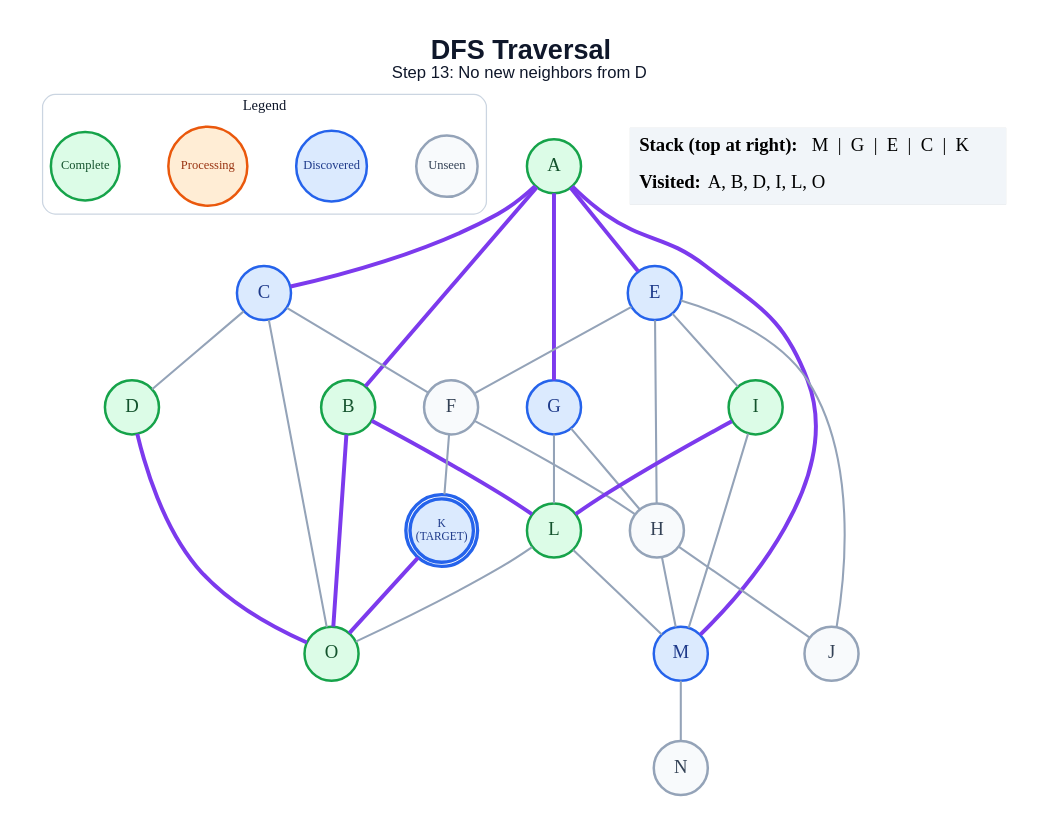
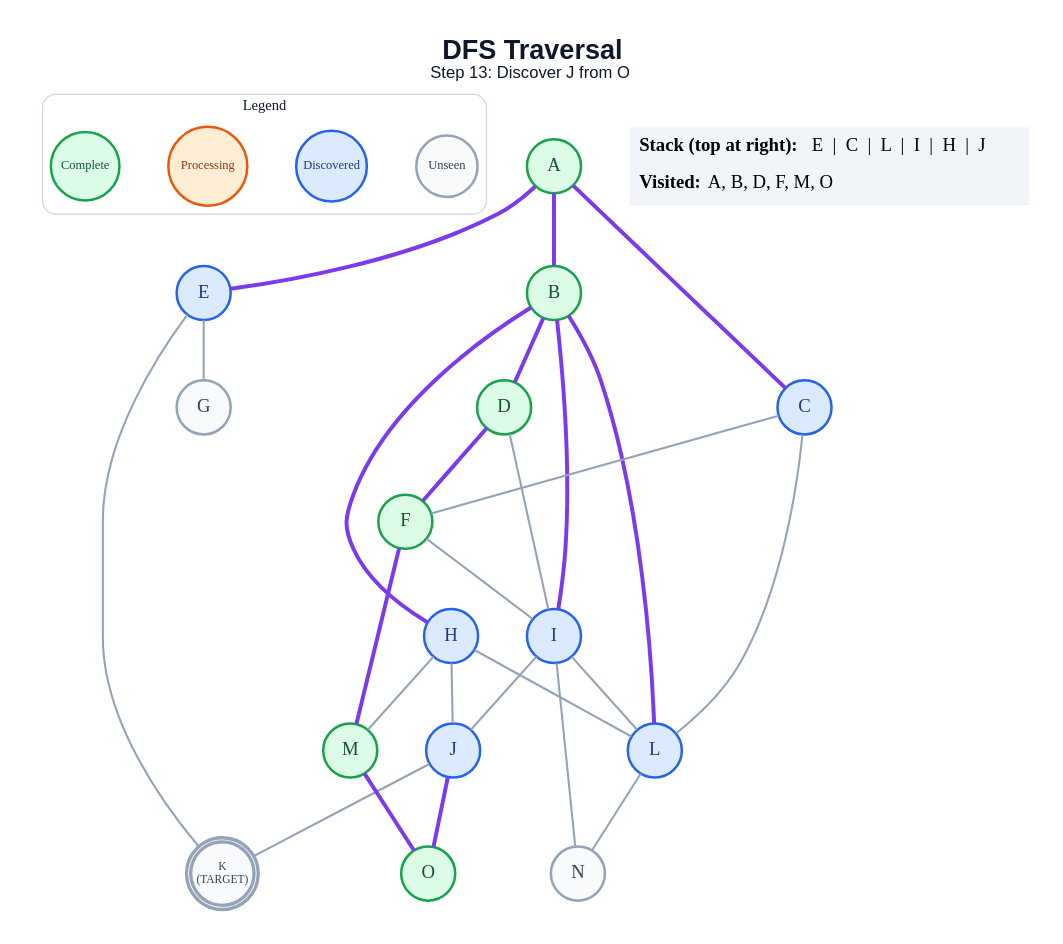
Before and after one commit to anon7238593-create/ai-slop: the diagram in generated/dfs/step_13.dot, drawn with Graphviz. The commit also changed 277 other files, not shown here.

```diff
--- a/generated/dfs/step_13.dot
+++ b/generated/dfs/step_13.dot
@@ -1,61 +1,59 @@
 graph traversal {
   graph [layout=dot, rankdir=TB, bgcolor="#FFFFFF", pad="0.35", nodesep="0.65", ranksep="0.8", fontname="Arial"];
   node [shape=circle, style="filled", fontname="Arial Bold", fontsize=18, width=0.72, fixedsize=true, penwidth=2.4];
   edge [color="#94A3B8", penwidth=2.0];
-  label=<<B>DFS Traversal</B><BR/><FONT POINT-SIZE="16">Step 13: No new neighbors from D</FONT>>; labelloc="t"; fontsize=26; fontname="Arial"; fontcolor="#0F172A";
+  label=<<B>DFS Traversal</B><BR/><FONT POINT-SIZE="16">Step 13: Discover J from O</FONT>>; labelloc="t"; fontsize=26; fontname="Arial"; fontcolor="#0F172A";
   subgraph cluster_legend { label="Legend"; color="#CBD5E1"; penwidth=1.2; style="rounded"; fontsize=14; fontname="Arial Bold";
     key_unseen [label="Unseen", fillcolor="#F8FAFC", color="#94A3B8", fontcolor="#334155", fontsize=12, width=0.82];
     key_frontier [label="Discovered", fillcolor="#DBEAFE", color="#2563EB", fontcolor="#1E3A8A", fontsize=12, width=0.95];
     key_current [label="Processing", fillcolor="#FFEDD5", color="#EA580C", fontcolor="#9A3412", fontsize=12, width=1.05];
     key_done [label="Complete", fillcolor="#DCFCE7", color="#16A34A", fontcolor="#14532D", fontsize=12, width=0.92];
     { rank=same; key_unseen; key_frontier; key_current; key_done; }
   }
   A [label="A", fillcolor="#DCFCE7", color="#16A34A", fontcolor="#14532D", peripheries=1, penwidth=2.4];
   B [label="B", fillcolor="#DCFCE7", color="#16A34A", fontcolor="#14532D", peripheries=1, penwidth=2.4];
   C [label="C", fillcolor="#DBEAFE", color="#2563EB", fontcolor="#1E3A8A", peripheries=1, penwidth=2.4];
   D [label="D", fillcolor="#DCFCE7", color="#16A34A", fontcolor="#14532D", peripheries=1, penwidth=2.4];
   E [label="E", fillcolor="#DBEAFE", color="#2563EB", fontcolor="#1E3A8A", peripheries=1, penwidth=2.4];
-  F [label="F", fillcolor="#F8FAFC", color="#94A3B8", fontcolor="#334155", peripheries=1, penwidth=2.4];
-  G [label="G", fillcolor="#DBEAFE", color="#2563EB", fontcolor="#1E3A8A", peripheries=1, penwidth=2.4];
-  H [label="H", fillcolor="#F8FAFC", color="#94A3B8", fontcolor="#334155", peripheries=1, penwidth=2.4];
-  I [label="I", fillcolor="#DCFCE7", color="#16A34A", fontcolor="#14532D", peripheries=1, penwidth=2.4];
-  J [label="J", fillcolor="#F8FAFC", color="#94A3B8", fontcolor="#334155", peripheries=1, penwidth=2.4];
-  K [label="K\n(TARGET)", fillcolor="#DBEAFE", color="#2563EB", fontcolor="#1E3A8A", peripheries=2, penwidth=3.2, fontsize=11, width=0.85, height=0.85];
-  L [label="L", fillcolor="#DCFCE7", color="#16A34A", fontcolor="#14532D", peripheries=1, penwidth=2.4];
-  M [label="M", fillcolor="#DBEAFE", color="#2563EB", fontcolor="#1E3A8A", peripheries=1, penwidth=2.4];
+  F [label="F", fillcolor="#DCFCE7", color="#16A34A", fontcolor="#14532D", peripheries=1, penwidth=2.4];
+  G [label="G", fillcolor="#F8FAFC", color="#94A3B8", fontcolor="#334155", peripheries=1, penwidth=2.4];
+  H [label="H", fillcolor="#DBEAFE", color="#2563EB", fontcolor="#1E3A8A", peripheries=1, penwidth=2.4];
+  I [label="I", fillcolor="#DBEAFE", color="#2563EB", fontcolor="#1E3A8A", peripheries=1, penwidth=2.4];
+  J [label="J", fillcolor="#DBEAFE", color="#2563EB", fontcolor="#1E3A8A", peripheries=1, penwidth=2.4];
+  K [label="K\n(TARGET)", fillcolor="#F8FAFC", color="#94A3B8", fontcolor="#334155", peripheries=2, penwidth=3.2, fontsize=11, width=0.85, height=0.85];
+  L [label="L", fillcolor="#DBEAFE", color="#2563EB", fontcolor="#1E3A8A", peripheries=1, penwidth=2.4];
+  M [label="M", fillcolor="#DCFCE7", color="#16A34A", fontcolor="#14532D", peripheries=1, penwidth=2.4];
   N [label="N", fillcolor="#F8FAFC", color="#94A3B8", fontcolor="#334155", peripheries=1, penwidth=2.4];
   O [label="O", fillcolor="#DCFCE7", color="#16A34A", fontcolor="#14532D", peripheries=1, penwidth=2.4];
   A -- B [color="#7C3AED", penwidth=3.8];
   A -- C [color="#7C3AED", penwidth=3.8];
   A -- E [color="#7C3AED", penwidth=3.8];
-  A -- G [color="#7C3AED", penwidth=3.8];
-  A -- M [color="#7C3AED", penwidth=3.8];
+  B -- D [color="#7C3AED", penwidth=3.8];
+  B -- H [color="#7C3AED", penwidth=3.8];
+  B -- I [color="#7C3AED", penwidth=3.8];
   B -- L [color="#7C3AED", penwidth=3.8];
-  B -- O [color="#7C3AED", penwidth=3.8];
-  C -- D;
   C -- F;
-  C -- O;
-  D -- O [color="#7C3AED", penwidth=3.8];
-  E -- F;
-  E -- H;
-  E -- I;
-  E -- J;
-  F -- H;
-  F -- K;
-  G -- H;
-  G -- L;
+  C -- L;
+  D -- F [color="#7C3AED", penwidth=3.8];
+  D -- I;
+  E -- G;
+  E -- K;
+  F -- I;
+  F -- M [color="#7C3AED", penwidth=3.8];
   H -- J;
+  H -- L;
   H -- M;
-  I -- L [color="#7C3AED", penwidth=3.8];
-  I -- M;
-  K -- O [color="#7C3AED", penwidth=3.8];
-  L -- M;
-  L -- O;
-  M -- N;
+  I -- J;
+  I -- L;
+  I -- N;
+  J -- K;
+  J -- O [color="#7C3AED", penwidth=3.8];
+  L -- N;
+  M -- O [color="#7C3AED", penwidth=3.8];
   status [shape=plain, fixedsize=false, width=0, height=0, margin=0, label=<
     <TABLE BORDER="0" CELLBORDER="0" CELLPADDING="7" BGCOLOR="#F1F5F9">
-      <TR><TD ALIGN="LEFT"><B>Stack (top at right):</B> M  |  G  |  E  |  C  |  K</TD></TR>
-      <TR><TD ALIGN="LEFT"><B>Visited:</B> A, B, D, I, L, O</TD></TR>
+      <TR><TD ALIGN="LEFT"><B>Stack (top at right):</B> E  |  C  |  L  |  I  |  H  |  J</TD></TR>
+      <TR><TD ALIGN="LEFT"><B>Visited:</B> A, B, D, F, M, O</TD></TR>
     </TABLE>
   >];
 }
```
